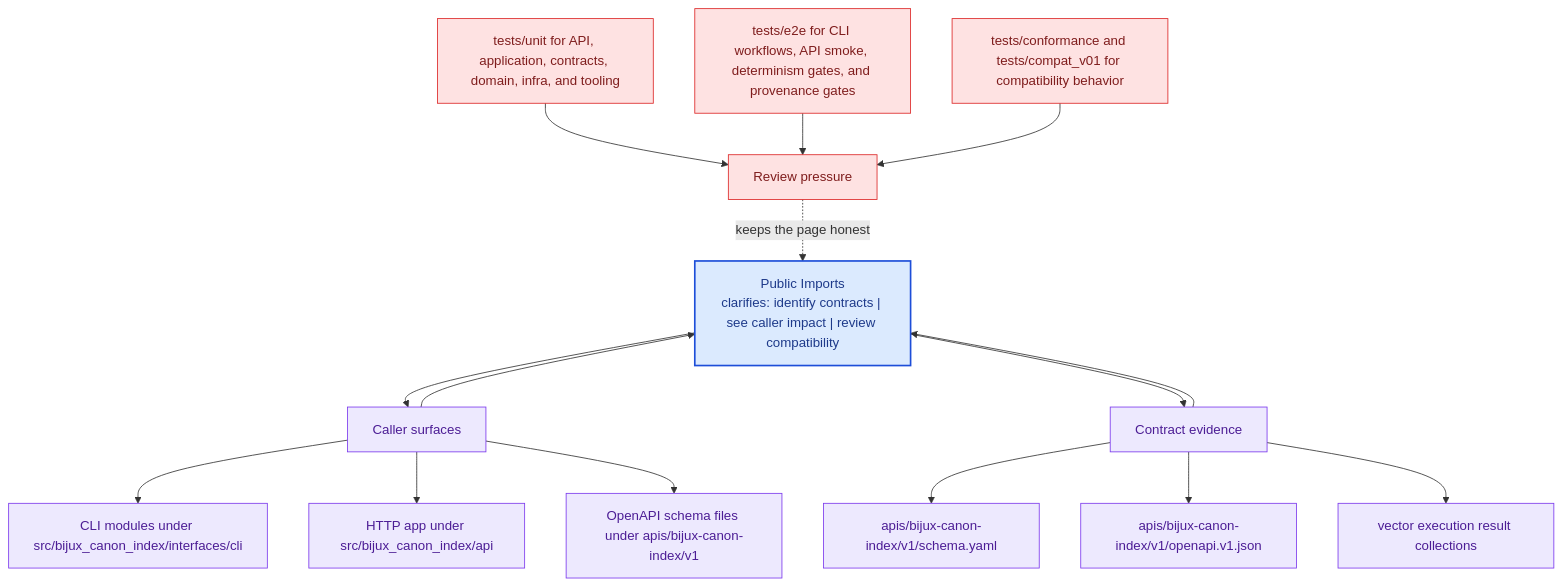
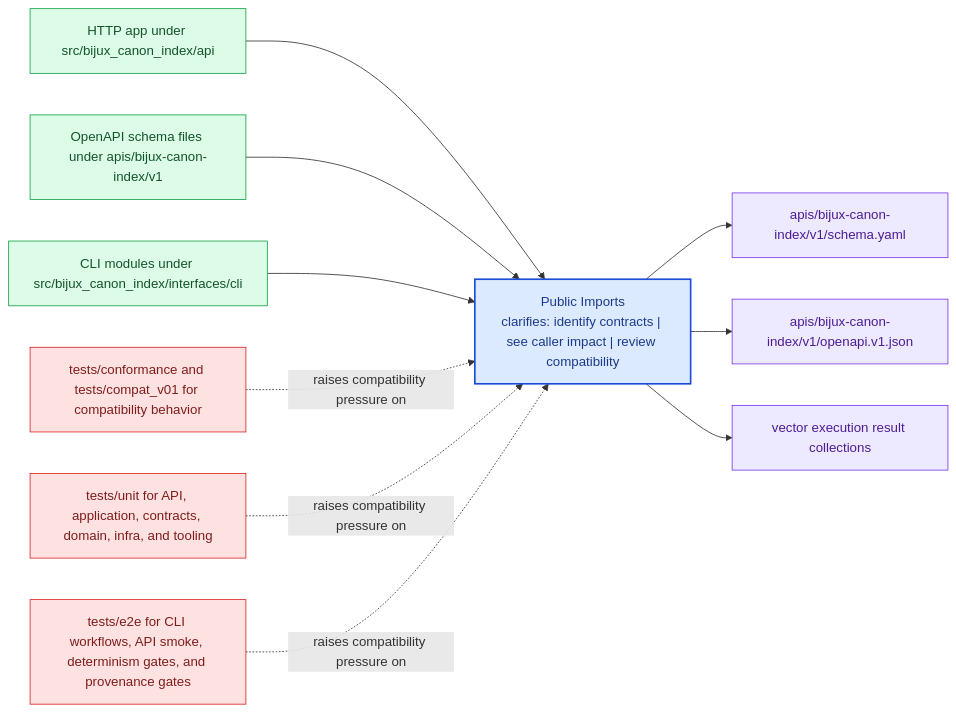
The diagram in docs/bijux-canon-index/interfaces/public-imports.md (bijux/bijux-canon), drawn with Mermaid before and after one commit. The commit also changed other lines of this file and 281 other files, not shown here.

Commit message:
docs(diagrams): replace repeated mermaid scaffolds with page-specific summaries

````diff
--- a/docs/bijux-canon-index/interfaces/public-imports.md
+++ b/docs/bijux-canon-index/interfaces/public-imports.md
@@ -68,41 +23,31 @@
 ```mermaid
-flowchart TB
-    promise["Public Imports<br/>clarifies: identify contracts | see caller impact | review compatibility"]
-    classDef promise fill:#dbeafe,stroke:#1d4ed8,color:#1e3a8a,stroke-width:2px;
-    classDef driver fill:#dcfce7,stroke:#16a34a,color:#14532d;
-    classDef constraint fill:#fee2e2,stroke:#dc2626,color:#7f1d1d;
-    classDef ground fill:#ede9fe,stroke:#7c3aed,color:#4c1d95;
-    focus1["Caller surfaces"]
-    focus1 --> promise
-    promise --> focus1
-    focus1_1["CLI modules under src/bijux_canon_index/interfaces/cli"]
-    focus1 --> focus1_1
-    focus1_2["HTTP app under src/bijux_canon_index/api"]
-    focus1 --> focus1_2
-    focus1_3["OpenAPI schema files under apis/bijux-canon-index/v1"]
-    focus1 --> focus1_3
-    class focus1 ground;
-    class focus1_1,focus1_2,focus1_3 ground;
-    focus2["Contract evidence"]
-    focus2 --> promise
-    promise --> focus2
-    focus2_1["apis/bijux-canon-index/v1/schema.yaml"]
-    focus2 --> focus2_1
-    focus2_2["apis/bijux-canon-index/v1/openapi.v1.json"]
-    focus2 --> focus2_2
-    focus2_3["vector execution result collections"]
-    focus2 --> focus2_3
-    class focus2 ground;
-    class focus2_1,focus2_2,focus2_3 ground;
-    focus3["Review pressure"]
-    focus3 -.keeps the page honest.-> promise
-    focus3_1["tests/unit for API, application, contracts, domain, infra, and tooling"]
-    focus3_1 --> focus3
-    focus3_2["tests/e2e for CLI workflows, API smoke, determinism gates, and provenance gates"]
-    focus3_2 --> focus3
-    focus3_3["tests/conformance and tests/compat_v01 for compatibility behavior"]
-    focus3_3 --> focus3
-    class focus3 constraint;
-    class focus3_1,focus3_2,focus3_3 constraint;
-    class promise promise;
+flowchart LR
+    page["Public Imports<br/>clarifies: identify contracts | see caller impact | review compatibility"]
+    classDef page fill:#dbeafe,stroke:#1d4ed8,color:#1e3a8a,stroke-width:2px;
+    classDef positive fill:#dcfce7,stroke:#16a34a,color:#14532d;
+    classDef caution fill:#fee2e2,stroke:#dc2626,color:#7f1d1d;
+    classDef anchor fill:#ede9fe,stroke:#7c3aed,color:#4c1d95;
+    classDef action fill:#fef3c7,stroke:#d97706,color:#7c2d12;
+    surface1["HTTP app under src/bijux_canon_index/api"]
+    surface1 --> page
+    surface2["OpenAPI schema files under apis/bijux-canon-index/v1"]
+    surface2 --> page
+    surface3["CLI modules under src/bijux_canon_index/interfaces/cli"]
+    surface3 --> page
+    proof1["apis/bijux-canon-index/v1/schema.yaml"]
+    page --> proof1
+    proof2["apis/bijux-canon-index/v1/openapi.v1.json"]
+    page --> proof2
+    proof3["vector execution result collections"]
+    page --> proof3
+    review1["tests/conformance and tests/compat_v01 for compatibility behavior"]
+    review1 -.raises compatibility pressure on.-> page
+    review2["tests/unit for API, application, contracts, domain, infra, and tooling"]
+    review2 -.raises compatibility pressure on.-> page
+    review3["tests/e2e for CLI workflows, API smoke, determinism gates, and provenance gates"]
+    review3 -.raises compatibility pressure on.-> page
+    class page page;
+    class surface1,surface2,surface3 positive;
+    class proof1,proof2,proof3 anchor;
+    class review1,review2,review3 caution;
 ```
````
